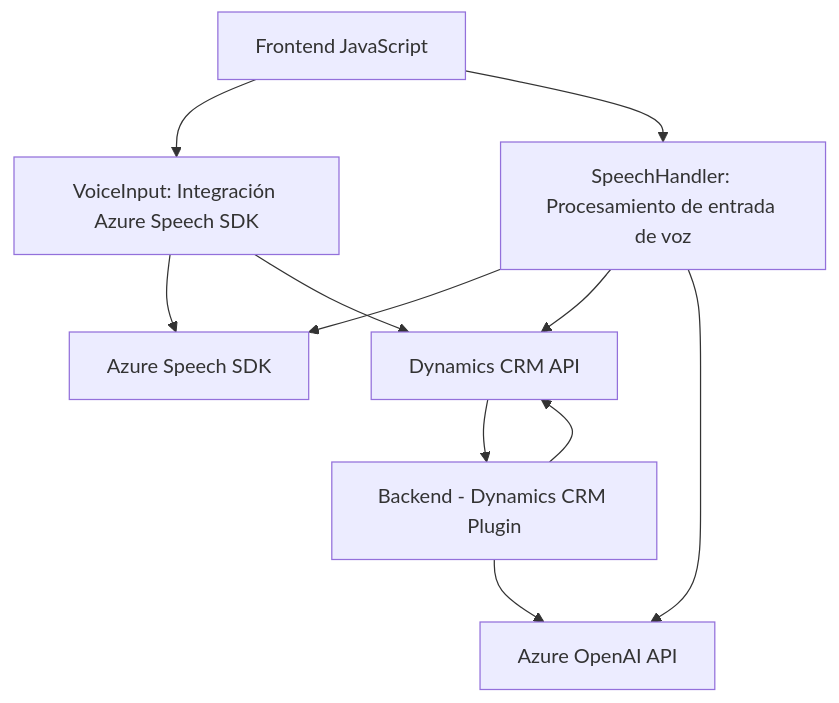
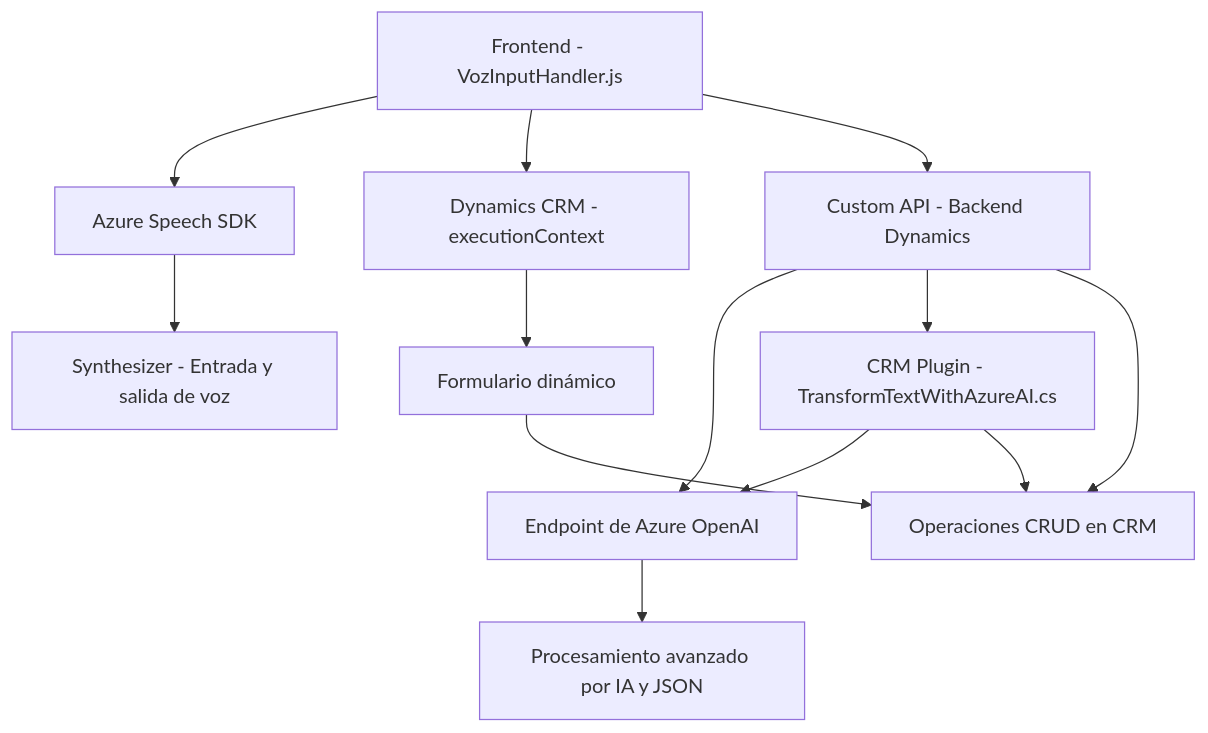
The diagram in README.md (blopezdm/NETCORE_BILBAO2025), drawn with Mermaid before and after one commit. The commit also changed other lines of this file, not shown here.

````diff
--- a/README.md
+++ b/README.md
@@ -45,21 +44,15 @@
 ```mermaid
 graph TD
-    A["Frontend JavaScript"]
-    B["VoiceInput: Integración Azure Speech SDK"]
-    C["SpeechHandler: Procesamiento de entrada de voz"]
-    D["Backend - Dynamics CRM Plugin"]
-    E["Azure Speech SDK"]
-    F["Dynamics CRM API"]
-    G["Azure OpenAI API"]
-    
-    A --> B
-    B --> E
-    B --> F
-    A --> C
-    C --> E
-    C --> F
-    C --> G
-    F --> D
-    D --> G
-    D --> F
+    A["Frontend - VozInputHandler.js"] --> B["Azure Speech SDK"]
+    A --> C["Dynamics CRM - executionContext"]
+    A --> D["Custom API - Backend Dynamics"]
+    D --> E["API Azure OpenAI GPT"]
+    D --> F["CRM Plugin - TransformTextWithAzureAI.cs"]
+    F --> E["Endpoint de Azure OpenAI"]
+    B --> G["Synthesizer - Entrada y salida de voz"]
+    C --> H["Formulario dinámico"]
+    D --> I["Contexto del CRM"]
+    H --> I
+    E --> J["Procesamiento avanzado por IA y JSON"]
+    F --> I["Operaciones CRUD en CRM"]
 ```
````
